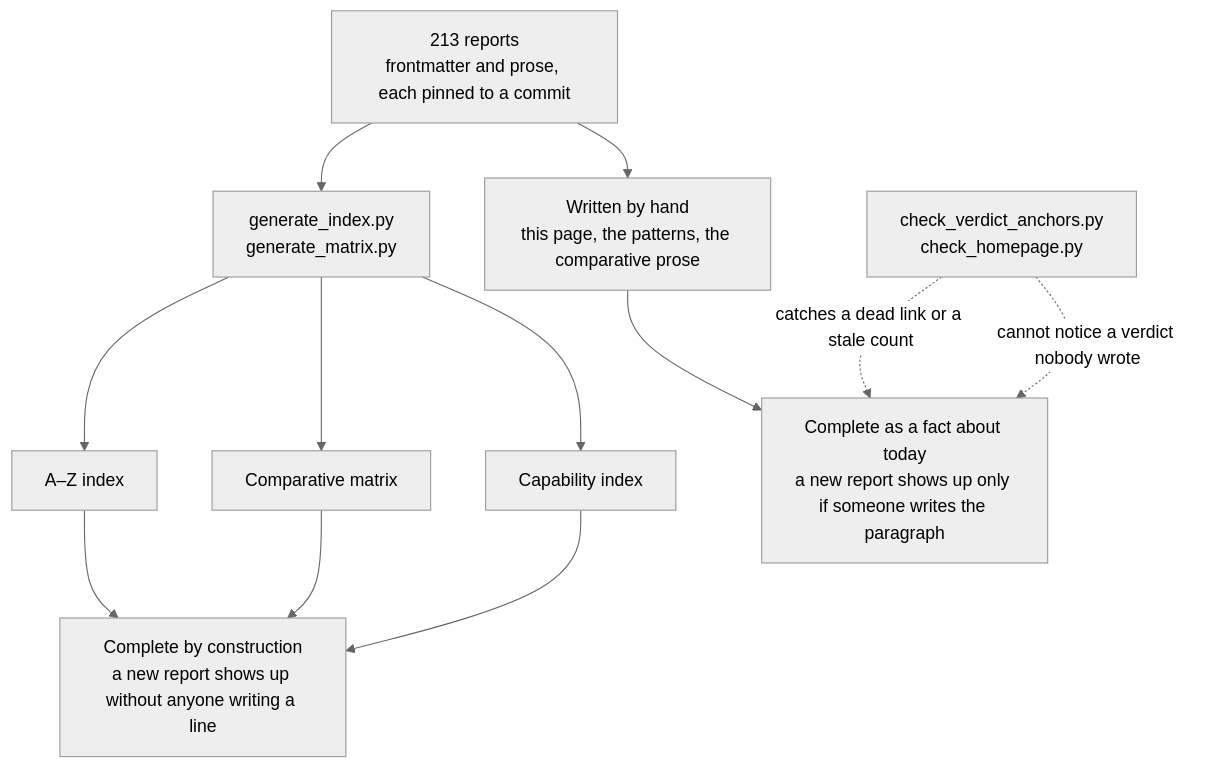
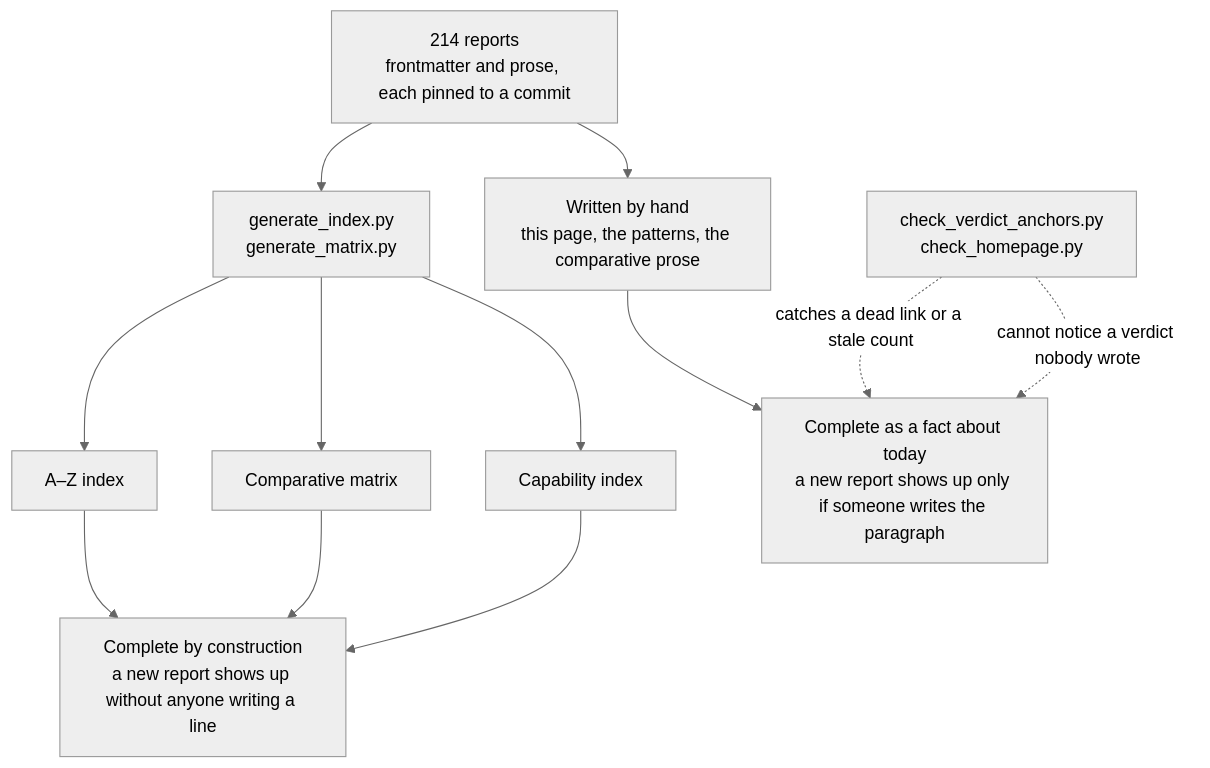
The diagram in content/verdicts.md (neoneye/agent-memory-atlas), drawn with Mermaid (neutral theme) before and after one commit. The commit also changed other lines of this file and 19 other files, not shown here.

````diff
--- a/content/verdicts.md
+++ b/content/verdicts.md
@@ -40,15 +40,15 @@
 ```mermaid
 flowchart TD
-    R["213 reports<br/>frontmatter and prose, each pinned to a commit"]
+    R["214 reports<br/>frontmatter and prose, each pinned to a commit"]
     R --> GEN["generate_index.py<br/>generate_matrix.py"]
     R --> HAND["Written by hand<br/>this page, the patterns, the comparative prose"]
     GEN --> AZ["A–Z index"]
     GEN --> MX["Comparative matrix"]
     GEN --> CI["Capability index"]
     AZ --> CONST["Complete by construction<br/>a new report shows up without anyone writing a line"]
     MX --> CONST
     CI --> CONST
     HAND --> TODAY["Complete as a fact about today<br/>a new report shows up only if someone writes the paragraph"]
     CHK["check_verdict_anchors.py<br/>check_homepage.py"] -.->|"catches a dead link or a stale count"| TODAY
     CHK -.->|"cannot notice a verdict nobody wrote"| TODAY
 ```
````
